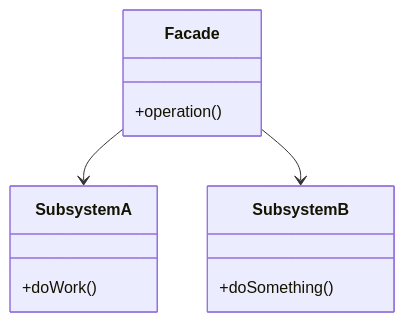
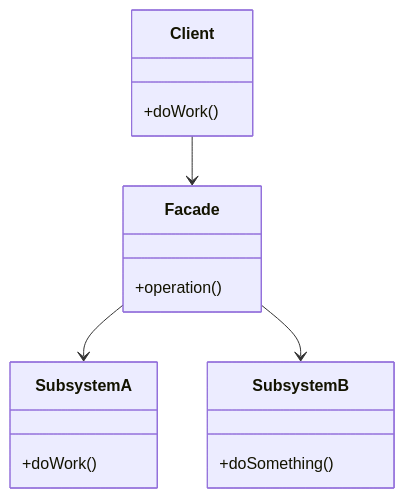
The fifth of 5 diagrams in kindle/design-patterns/output/chapter02.md (kumachan1101-pixel/DesignPattern), drawn with Mermaid before and after one commit. The commit also changed other lines of this file and 10 other files, not shown here.

````diff
--- a/kindle/design-patterns/output/chapter02.md
+++ b/kindle/design-patterns/output/chapter02.md
@@ -1383,15 +1008,18 @@
 ```mermaid
 classDiagram
+    class Client {
+        +doWork()
+    }
     class Facade {
         +operation()
     }
     class SubsystemA {
         +doWork()
     }
     class SubsystemB {
         +doSomething()
     }
+    Client --> Facade
     Facade --> SubsystemA
     Facade --> SubsystemB
-
 ```
````
